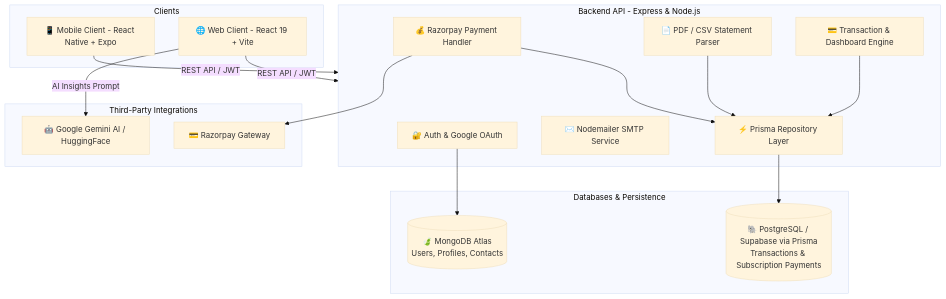
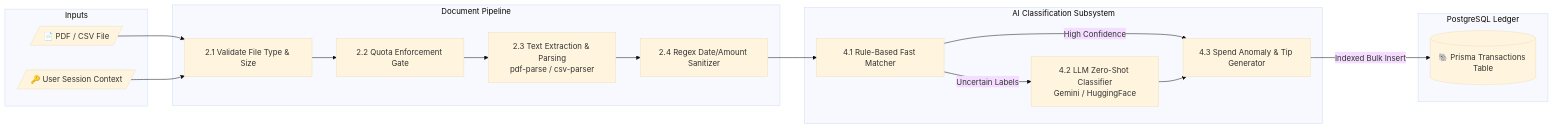
The third of 3 diagrams in readme.MD (varunjoshi84/FintrackAI), drawn with Mermaid (base theme) before and after one commit. The commit also changed other lines of this file and 3 other files, not shown here.

Commit message:
docs: enrich readmes with badges, release links and multi-level DFD diagrams

````diff
--- a/readme.MD
+++ b/readme.MD
@@ -43,37 +146,34 @@
 ```mermaid
-flowchart TD
-    subgraph Clients
-        W[🌐 Web Client - React 19 + Vite]
-        M[📱 Mobile Client - React Native + Expo]
+flowchart LR
+    subgraph Inputs
+        DOC[/📄 PDF / CSV File/]
+        UID[/🔑 User Session Context/]
     end
 
-    subgraph Backend_Service [Backend API - Express & Node.js]
-        AUTH[🔐 Auth & Google OAuth]
-        PARSER[📄 PDF / CSV Statement Parser]
-        TXN[💳 Transaction & Dashboard Engine]
-        PAY[💰 Razorpay Payment Handler]
-        EMAIL[✉️ Nodemailer SMTP Service]
-        REPO[⚡ Prisma Repository Layer]
+    subgraph Parser_Pipeline [Document Pipeline]
+        P2_1[2.1 Validate File Type & Size]
+        P2_2[2.2 Quota Enforcement Gate]
+        P2_3[2.3 Text Extraction & Parsing<br/>pdf-parse / csv-parser]
+        P2_4[2.4 Regex Date/Amount Sanitizer]
     end
 
-    subgraph Polyglot_Databases [Databases & Persistence]
-        MONGO[(🍃 MongoDB Atlas<br/>Users, Profiles, Contacts)]
-        PG[(🐘 PostgreSQL / Supabase via Prisma<br/>Transactions & Subscription Payments)]
+    subgraph AI_Pipeline [AI Classification Subsystem]
+        P4_1[4.1 Rule-Based Fast Matcher]
+        P4_2[4.2 LLM Zero-Shot Classifier<br/>Gemini / HuggingFace]
+        P4_3[4.3 Spend Anomaly & Tip Generator]
     end
 
-    subgraph External_Services [Third-Party Integrations]
-        GEMINI[🤖 Google Gemini AI / HuggingFace]
-        RZP[💳 Razorpay Gateway]
+    subgraph Storage [PostgreSQL Ledger]
+        DB[(🐘 Prisma Transactions Table)]
     end
 
-    W -->|REST API / JWT| Backend_Service
-    M -->|REST API / JWT| Backend_Service
-
-    AUTH --> MONGO
-    TXN --> REPO
-    PARSER --> REPO
-    PAY --> RZP
-    PAY --> REPO
-    REPO --> PG
-    W -->|AI Insights Prompt| GEMINI
+    DOC & UID --> P2_1
+    P2_1 --> P2_2
+    P2_2 --> P2_3
+    P2_3 --> P2_4
+    P2_4 --> P4_1
+    P4_1 -->|Uncertain Labels| P4_2
+    P4_1 -->|High Confidence| P4_3
+    P4_2 --> P4_3
+    P4_3 -->|Indexed Bulk Insert| DB
 ```
````
